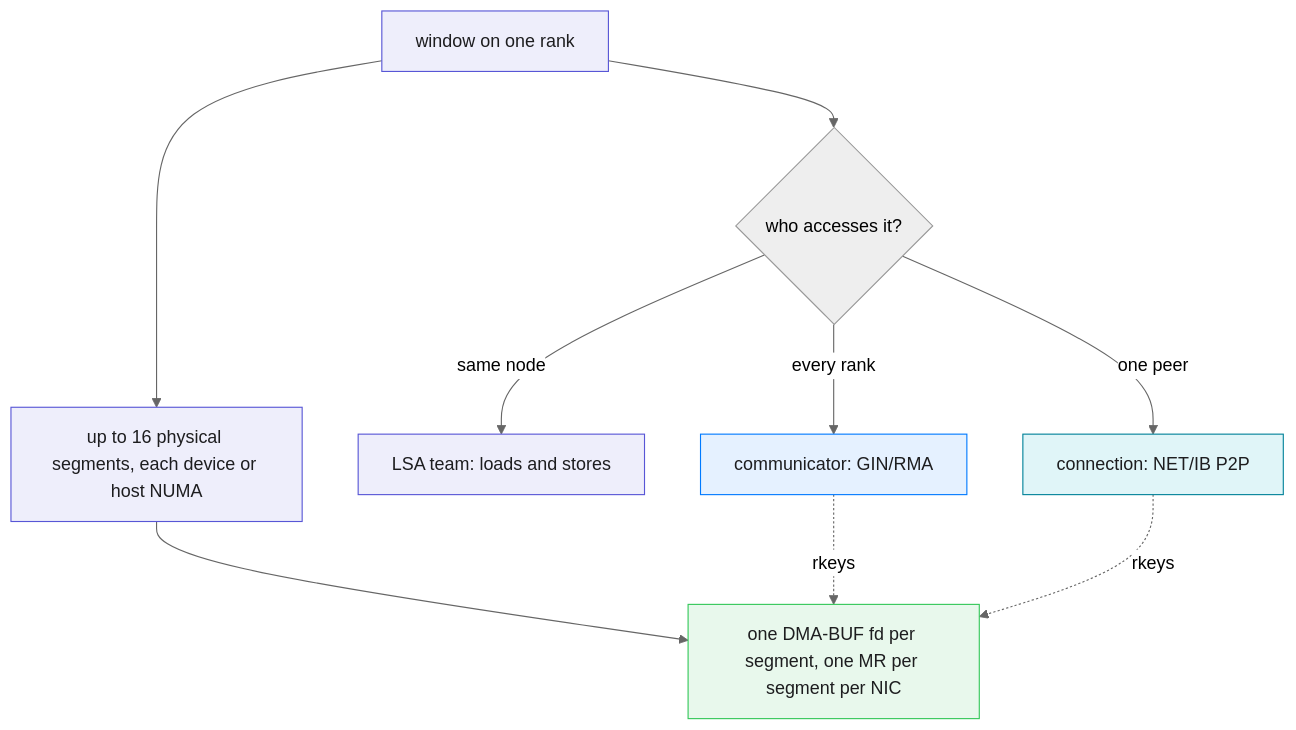
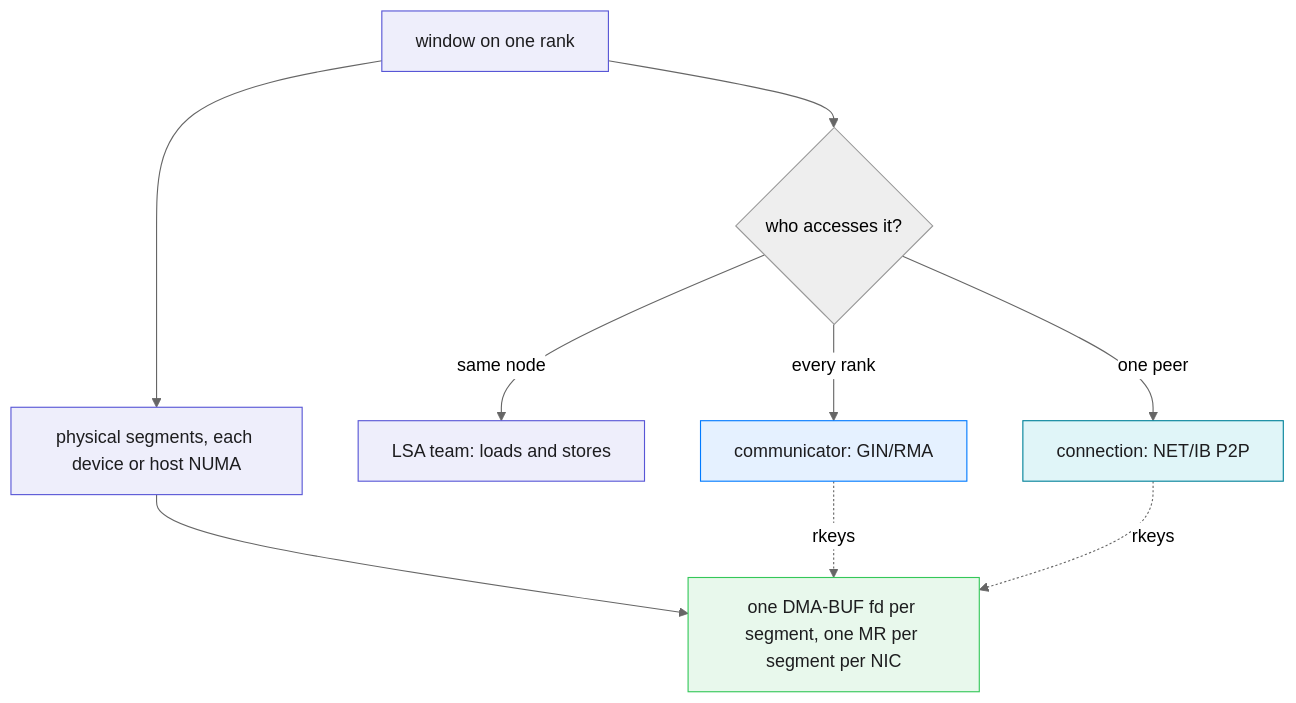
One commit to ROCm/rocm-systems changed the third of 4 diagrams in projects/rccl/docs/design/multi_segment_overview.md. Above: the diagram before and after it, drawn with Mermaid (neutral theme). The commit also changed other lines of this file and 16 other files, not shown here.

````diff
--- a/projects/rccl/docs/design/multi_segment_overview.md
+++ b/projects/rccl/docs/design/multi_segment_overview.md
@@ -67,20 +68,20 @@
 ```mermaid
 %% caption: Memory spaces and access scopes of a multi-segment window
 flowchart TD
- win["window on one rank"] --> segs["up to 16 physical segments, each device or host NUMA"]
+ win["window on one rank"] --> segs["physical segments, each device or host NUMA"]
  segs --> mr["one DMA-BUF fd per segment, one MR per segment per NIC"]
  win --> scope{"who accesses it?"}
  scope -->|"same node"| lsa["LSA team: loads and stores"]
  scope -->|"every rank"| gin["communicator: GIN/RMA"]
  scope -->|"one peer"| p2p["connection: NET/IB P2P"]
  gin -.->|"rkeys"| mr
  p2p -.->|"rkeys"| mr
  classDef devmem fill:#eeeefb,stroke:#5856d6,color:#1d1d1f
  classDef gin fill:#e5f1ff,stroke:#007aff,color:#1d1d1f
  classDef netib fill:#e0f5f8,stroke:#008299,color:#1d1d1f
  classDef okpath fill:#e8f8ec,stroke:#34c759,color:#1d1d1f
  class win,segs,lsa devmem
  class fd,mr okpath
  class gin gin
  class p2p netib
 ```
````
